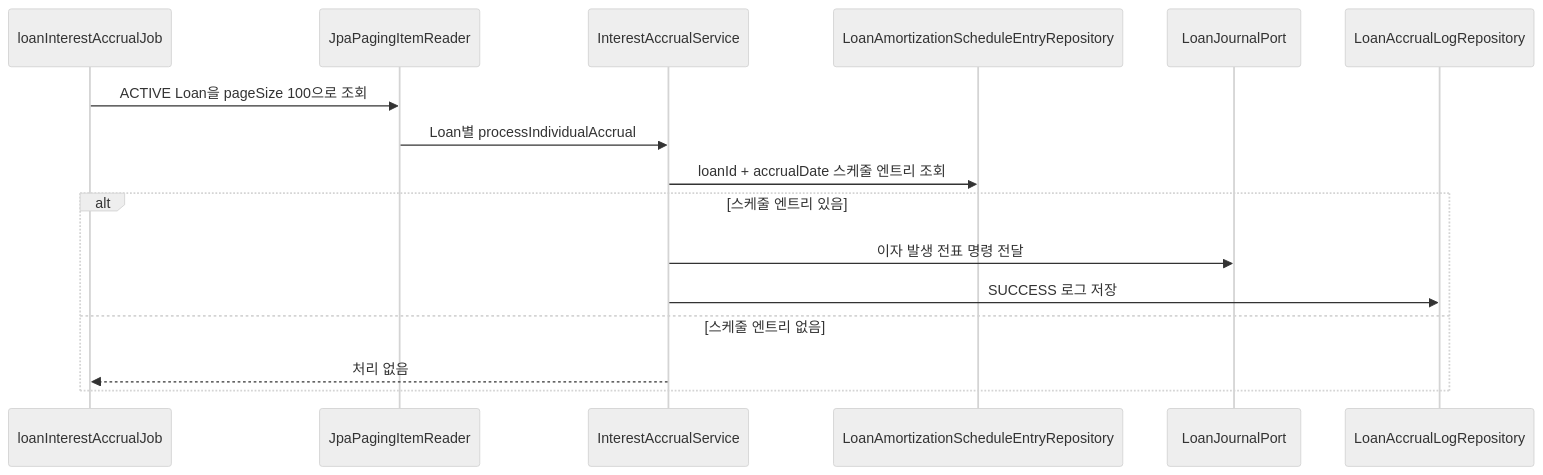
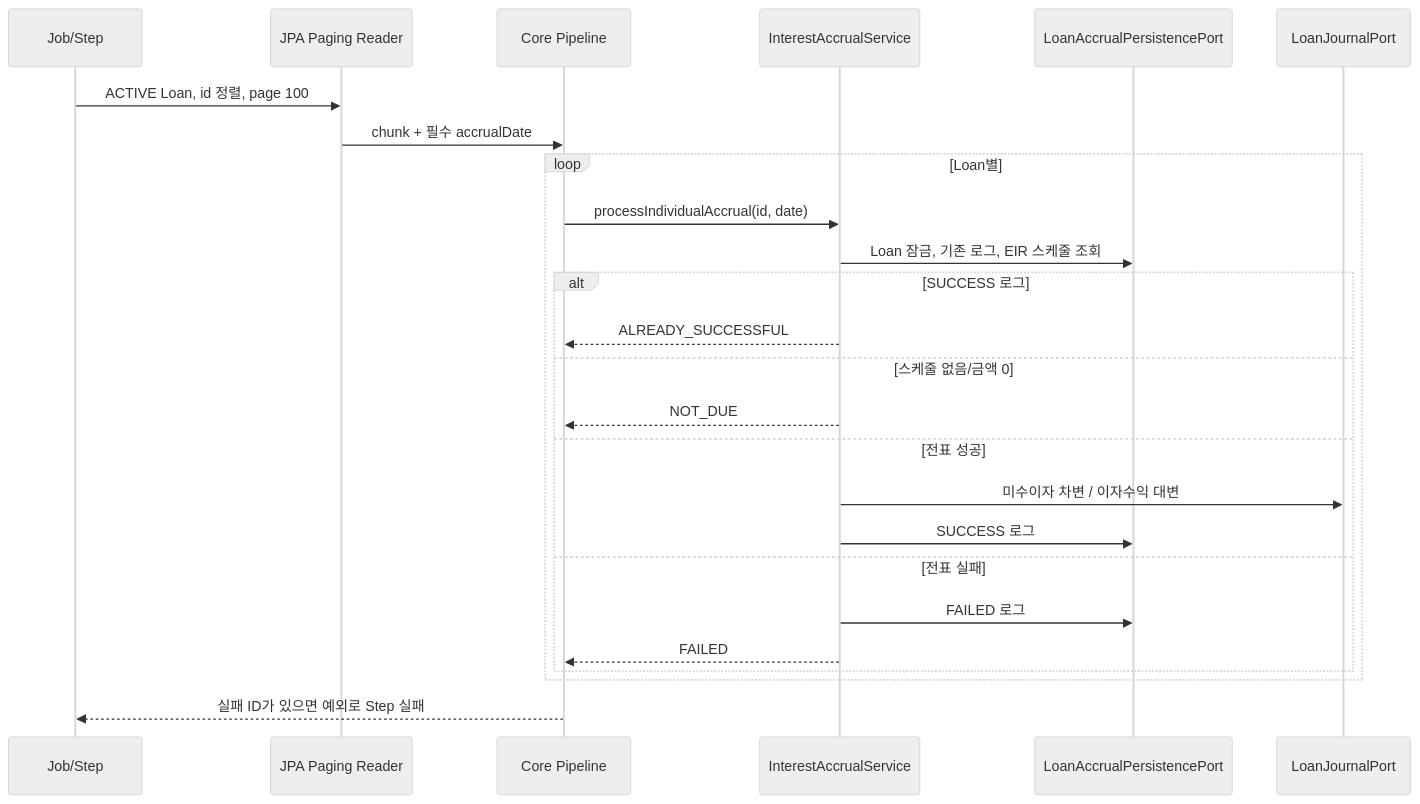
Before and after one commit to skyg547/account: the second of 2 diagrams in loan/docs/process-flow.md, drawn with Mermaid (neutral theme). The commit also changed other lines of this file and 139 other files, not shown here.

Commit message:
feat(core): 대출(loan) 및 마스터데이터 모듈 헥사고날 경계 확립 및 SCD2 보강

````diff
--- a/loan/docs/process-flow.md
+++ b/loan/docs/process-flow.md
@@ -73,19 +61,28 @@
 ```mermaid
 sequenceDiagram
-    participant Job as loanInterestAccrualJob
-    participant Reader as JpaPagingItemReader
+    participant Job as Job/Step
+    participant Reader as JPA Paging Reader
+    participant Pipe as Core Pipeline
     participant Service as InterestAccrualService
-    participant Schedule as LoanAmortizationScheduleEntryRepository
+    participant Store as LoanAccrualPersistencePort
     participant Journal as LoanJournalPort
-    participant Log as LoanAccrualLogRepository
 
-    Job->>Reader: ACTIVE Loan을 pageSize 100으로 조회
-    Reader->>Service: Loan별 processIndividualAccrual
-    Service->>Schedule: loanId + accrualDate 스케줄 엔트리 조회
-    alt 스케줄 엔트리 있음
-        Service->>Journal: 이자 발생 전표 명령 전달
-        Service->>Log: SUCCESS 로그 저장
-    else 스케줄 엔트리 없음
-        Service-->>Job: 처리 없음
+    Job->>Reader: ACTIVE Loan, id 정렬, page 100
+    Reader->>Pipe: chunk + 필수 accrualDate
+    loop Loan별
+        Pipe->>Service: processIndividualAccrual(id, date)
+        Service->>Store: Loan 잠금, 기존 로그, EIR 스케줄 조회
+        alt SUCCESS 로그
+            Service-->>Pipe: ALREADY_SUCCESSFUL
+        else 스케줄 없음/금액 0
+            Service-->>Pipe: NOT_DUE
+        else 전표 성공
+            Service->>Journal: 미수이자 차변 / 이자수익 대변
+            Service->>Store: SUCCESS 로그
+        else 전표 실패
+            Service->>Store: FAILED 로그
+            Service-->>Pipe: FAILED
+        end
     end
+    Pipe-->>Job: 실패 ID가 있으면 예외로 Step 실패
 ```
````
